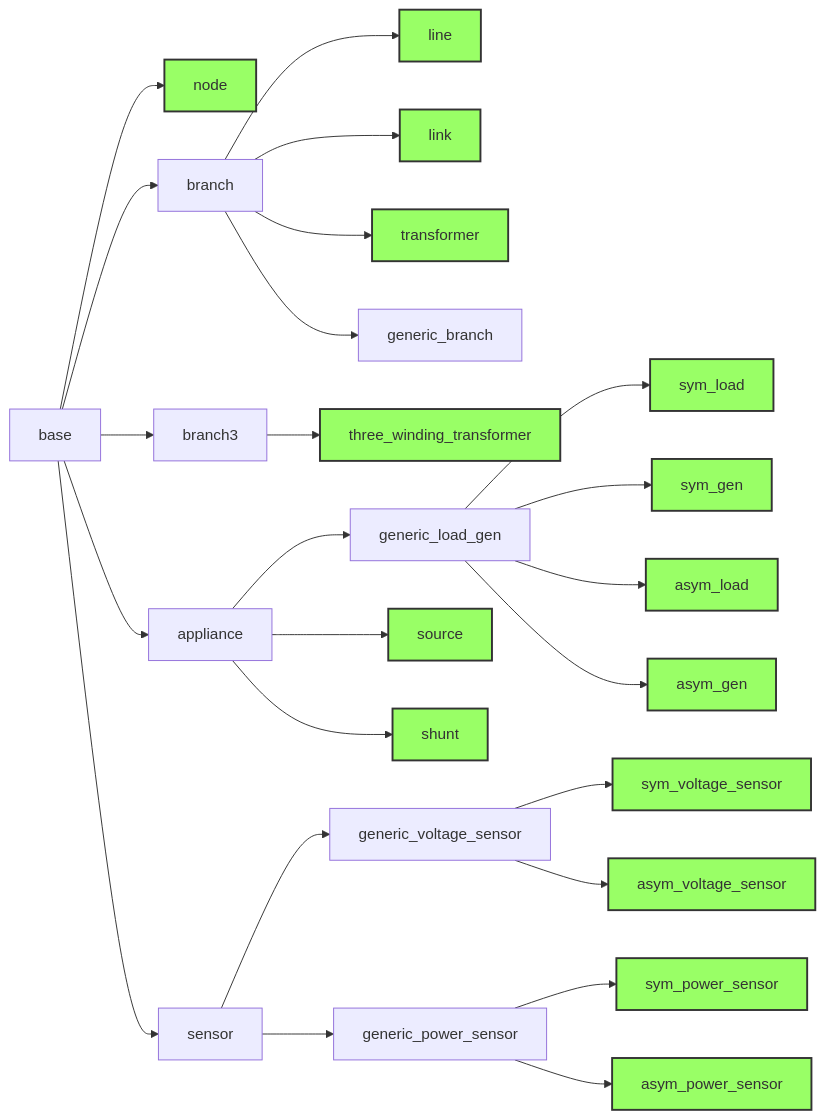
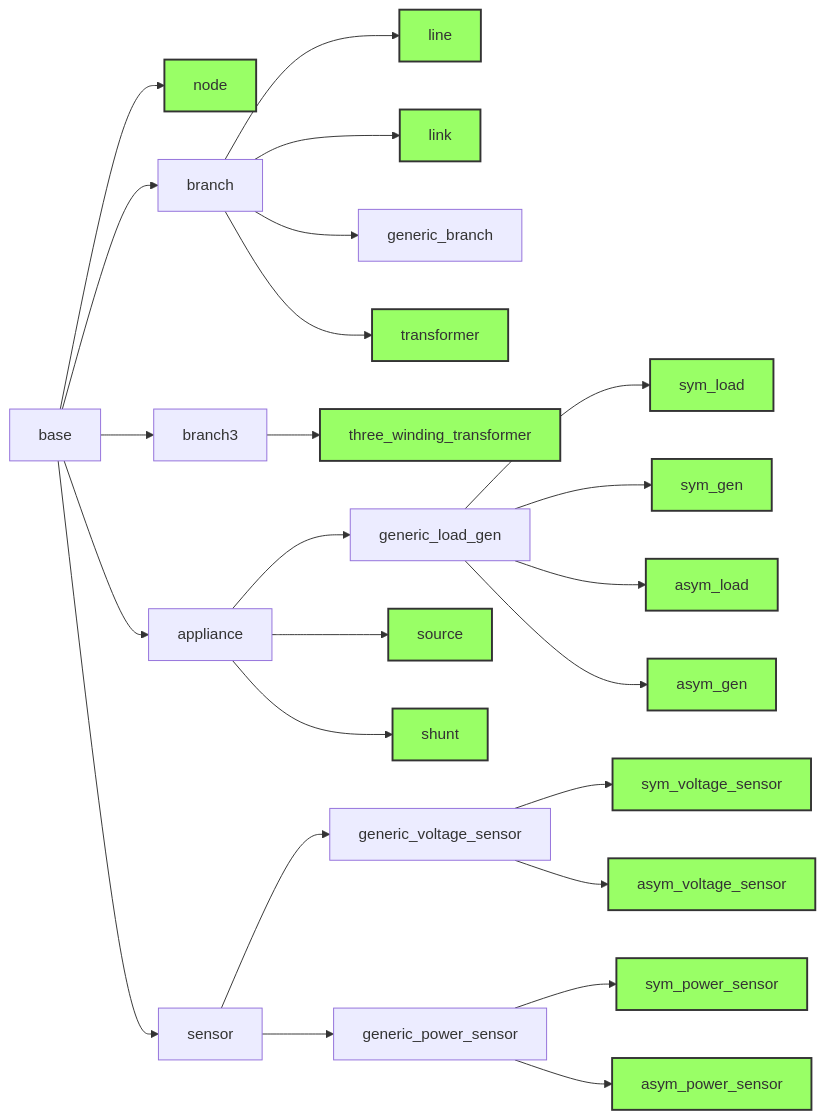
The diagram in docs/user_manual/data-model.md (PowerGridModel/power-grid-model), drawn with Mermaid before and after one commit. The commit also changed 1 other file, not shown here.

Commit message:
Updated recommended documentation for generic_branch

````diff
--- a/docs/user_manual/data-model.md
+++ b/docs/user_manual/data-model.md
@@ -16,29 +16,29 @@
 ```{mermaid}
 graph LR
     base-->node
     base-->branch
       branch-->line
       branch-->link
-      branch-->transformer
       branch-->generic_branch
+      branch-->transformer      
     base-->branch3
       branch3-->three_winding_transformer
     base-->appliance
       appliance-->generic_load_gen
         generic_load_gen-->sym_load
         generic_load_gen-->sym_gen
         generic_load_gen-->asym_load
         generic_load_gen-->asym_gen
       appliance-->source
       appliance-->shunt
     base-->sensor
       sensor-->generic_voltage_sensor
         generic_voltage_sensor-->sym_voltage_sensor
         generic_voltage_sensor-->asym_voltage_sensor
       sensor-->generic_power_sensor
         generic_power_sensor-->sym_power_sensor
         generic_power_sensor-->asym_power_sensor
      
    classDef green fill:#9f6,stroke:#333,stroke-width:2px
    class node,line,link,transformer,three_winding_transformer,source,shunt,sym_load,sym_gen,asym_load,asym_gen,sym_voltage_sensor,asym_voltage_sensor,sym_power_sensor,asym_power_sensor green
 ```
````
